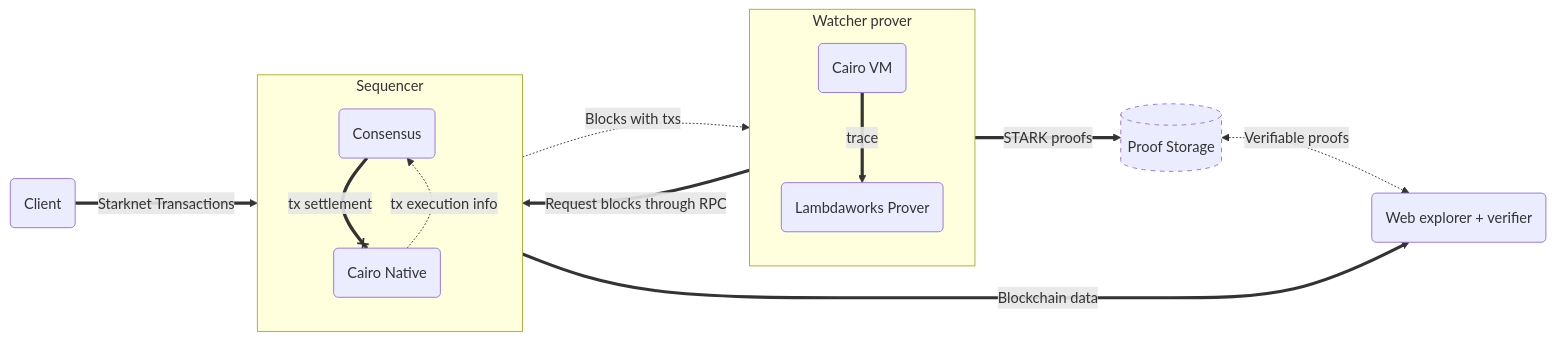
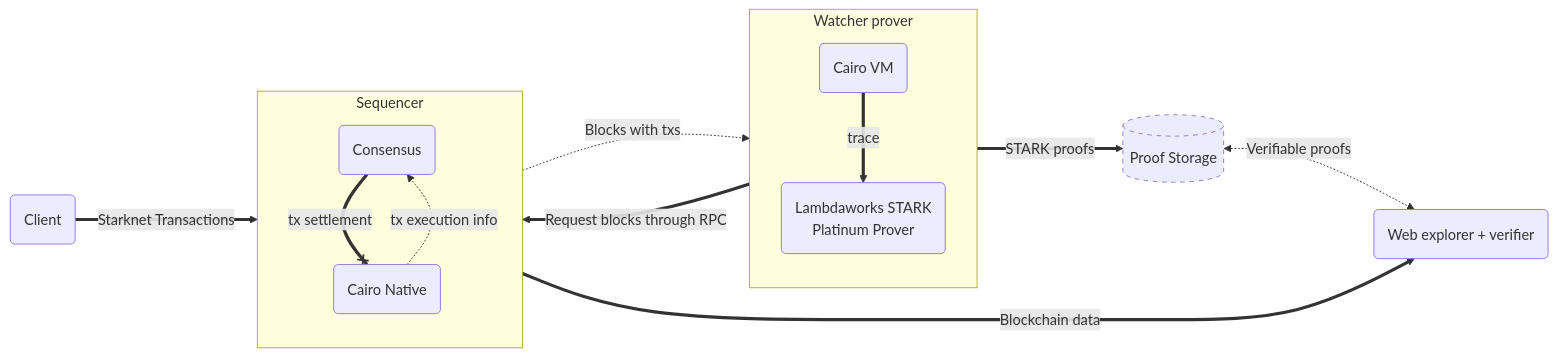
Before and after one commit to lambdaclass/starknet_stack: the diagram in README.md, drawn with Mermaid. The commit also changed other lines of this file, not shown here.

``````diff
--- a/README.md
+++ b/README.md
@@ -7,18 +7,18 @@
 `````mermaid
 flowchart LR
 	A("Client") ==>|"Starknet Transactions"| Sequencer
 	Sequencer -.->|"Blocks with txs"| watcher-prover["Watcher prover"]
 	watcher-prover ==>|"Request blocks through RPC "| Sequencer
 	watcher-prover ==>|"STARK proofs"| Db[("Proof Storage")]
 	style Db stroke-dasharray: 5
 	subgraph watcher-prover["Watcher prover"]
-		cairo-vm("Cairo VM") ==>|"trace"| prover("Lambdaworks Prover")
+		cairo-vm("Cairo VM") ==>|"trace"| prover("Lambdaworks STARK<br>  Platinum Prover")
 	end
 	subgraph Sequencer
 		C("Consensus") ==x|"tx settlement"| B("Cairo Native")
 		B -.->|"tx execution info"| C
 	end
     Sequencer ===>|"Blockchain data"| Explorer("Web explorer + verifier")
     Db <-.-> |"Verifiable proofs"| Explorer
     
 `````
``````
